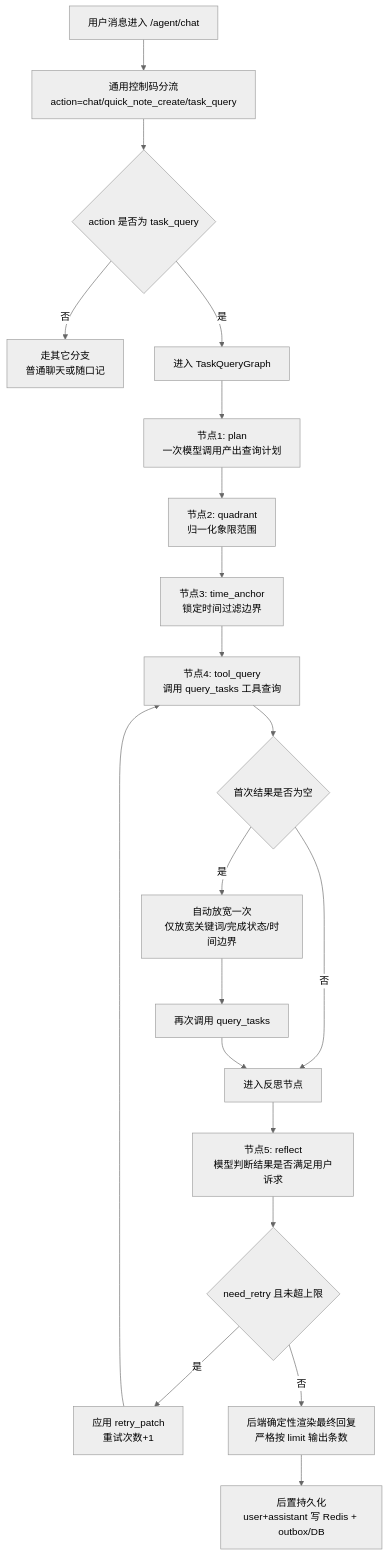
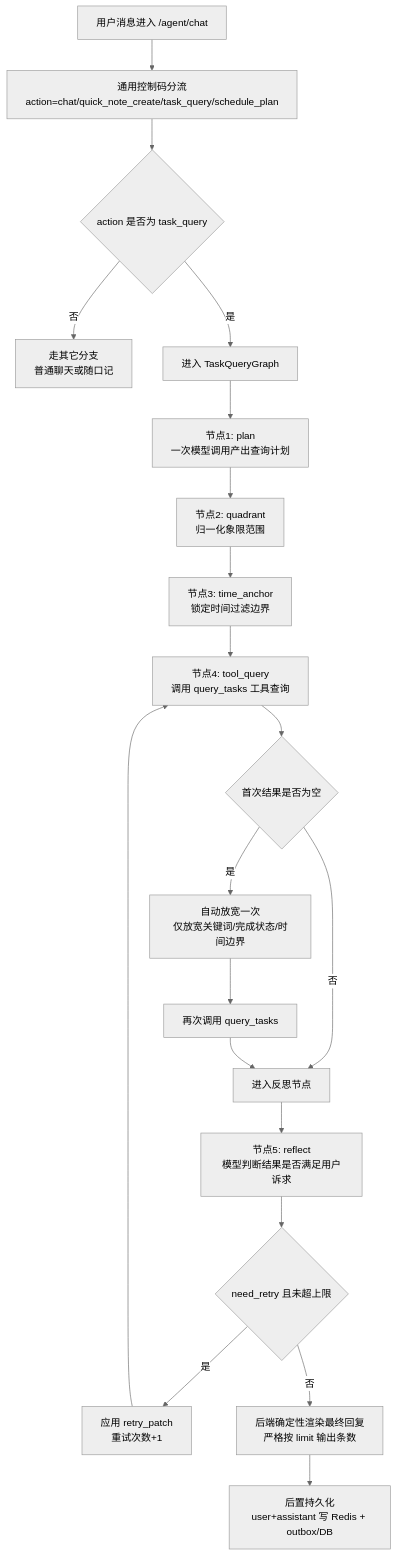
Before and after one commit to LoveLosita/SmartFlow-Agent: the third of 4 diagrams in README.md, drawn with Mermaid (neutral theme). The commit also changed other lines of this file and 31 other files, not shown here.

````diff
--- a/README.md
+++ b/README.md
@@ -413,22 +432,22 @@
 ```mermaid
 flowchart TD
-    A["用户消息进入 /agent/chat"] --> B["通用控制码分流<br/>action=chat/quick_note_create/task_query"]
+    A["用户消息进入 /agent/chat"] --> B["通用控制码分流<br/>action=chat/quick_note_create/task_query/schedule_plan"]
     B --> C{"action 是否为 task_query"}
     C -- 否 --> D["走其它分支<br/>普通聊天或随口记"]
     C -- 是 --> E["进入 TaskQueryGraph"]
     E --> F["节点1: plan<br/>一次模型调用产出查询计划"]
     F --> G["节点2: quadrant<br/>归一化象限范围"]
     G --> H["节点3: time_anchor<br/>锁定时间过滤边界"]
     H --> I["节点4: tool_query<br/>调用 query_tasks 工具查询"]
     I --> J{"首次结果是否为空"}
     J -- 是 --> K["自动放宽一次<br/>仅放宽关键词/完成状态/时间边界"]
     K --> L["再次调用 query_tasks"]
     J -- 否 --> M["进入反思节点"]
     L --> M
     M --> N["节点5: reflect<br/>模型判断结果是否满足用户诉求"]
     N --> O{"need_retry 且未超上限"}
     O -- 是 --> P["应用 retry_patch<br/>重试次数+1"]
     P --> I
     O -- 否 --> Q["后端确定性渲染最终回复<br/>严格按 limit 输出条数"]
     Q --> R["后置持久化<br/>user+assistant 写 Redis + outbox/DB"]
 ```
````
